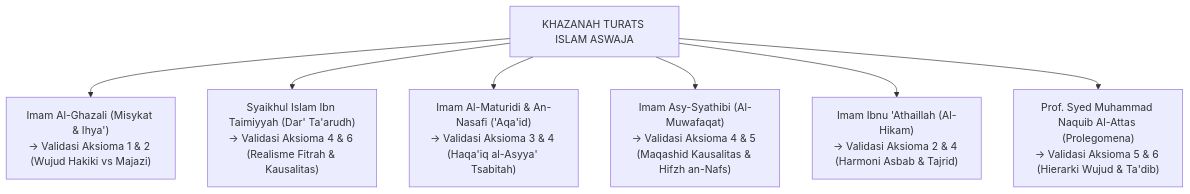
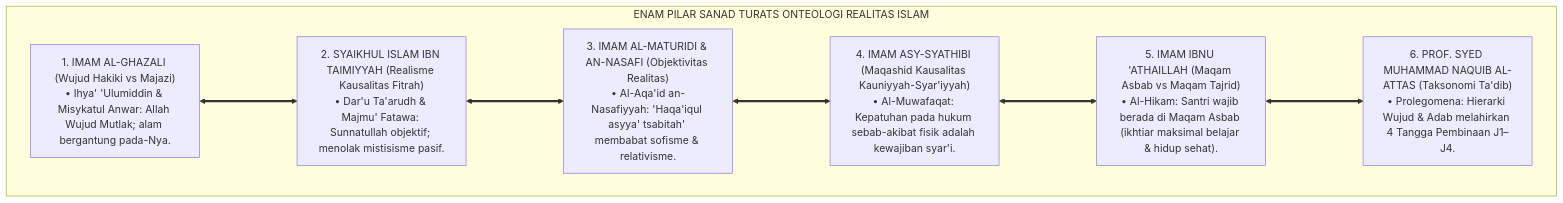
One commit to wandiapriliyandi/tumbuh changed the second of 6 diagrams in 01 Philosophy/01 Worldview/01 Hakikat Realitas/P1-01-01-04-Validasi-Turats.md. Above: the diagram before and after it, drawn with Mermaid. The commit also changed other lines of this file and 8 other files, not shown here.

````diff
--- a/01 Philosophy/01 Worldview/01 Hakikat Realitas/P1-01-01-04-Validasi-Turats.md
+++ b/01 Philosophy/01 Worldview/01 Hakikat Realitas/P1-01-01-04-Validasi-Turats.md
@@ -367,11 +71,19 @@
 ```mermaid
-graph TD
-    TuratsMaster["KHAZANAH TURATS ISLAM ASWAJA"]
-    
-    TuratsMaster --> GZ["Imam Al-Ghazali (Misykat & Ihya')<br/>-> Validasi Aksioma 1 & 2 (Wujud Hakiki vs Majazi)"]
-    TuratsMaster --> IT["Syaikhul Islam Ibn Taimiyyah (Dar' Ta'arudh)<br/>-> Validasi Aksioma 4 & 6 (Realisme Fitrah & Kausalitas)"]
-    TuratsMaster --> MT["Imam Al-Maturidi & An-Nasafi ('Aqa'id)<br/>-> Validasi Aksioma 3 & 4 (Haqa'iq al-Asyya' Tsabitah)"]
-    TuratsMaster --> SY["Imam Asy-Syathibi (Al-Muwafaqat)<br/>-> Validasi Aksioma 4 & 5 (Maqashid Kausalitas & Hifzh an-Nafs)"]
-    TuratsMaster --> IA["Imam Ibnu 'Athaillah (Al-Hikam)<br/>-> Validasi Aksioma 2 & 4 (Harmoni Asbab & Tajrid)"]
-    TuratsMaster --> AT["Prof. Syed Muhammad Naquib Al-Attas (Prolegomena)<br/>-> Validasi Aksioma 5 & 6 (Hierarki Wujud & Ta'dib)"]
+flowchart TD
+    subgraph EnamPilarTuratsRealitas["ENAM PILAR SANAD TURATS ONTEOLOGI REALITAS ISLAM"]
+        
+        T1["1. IMAM AL-GHAZALI (Wujud Hakiki vs Majazi)<br/>• Ihya' 'Ulumiddin & Misykatul Anwar: Allah Wujud Mutlak; alam bergantung pada-Nya."]
+        
+        T2["2. SYAIKHUL ISLAM IBN TAIMIYYAH (Realisme Kausalitas Fitrah)<br/>• Dar'u Ta'arudh & Majmu' Fatawa: Sunnatullah objektif; menolak mistisisme pasif."]
+        
+        T3["3. IMAM AL-MATURIDI & AN-NASAFI (Objektivitas Realitas)<br/>• Al-Aqa'id an-Nasafiyyah: 'Haqa'iqul asyya' tsabitah' membabat sofisme & relativisme."]
+        
+        T4["4. IMAM ASY-SYATHIBI (Maqashid Kausalitas Kauniyyah-Syar'iyyah)<br/>• Al-Muwafaqat: Kepatuhan pada hukum sebab-akibat fisik adalah kewajiban syar'i."]
+        
+        T5["5. IMAM IBNU 'ATHAILLAH (Maqam Asbab vs Maqam Tajrid)<br/>• Al-Hikam: Santri wajib berada di Maqam Asbab (ikhtiar maksimal belajar & hidup sehat)."]
+        
+        T6["6. PROF. SYED MUHAMMAD NAQUIB AL-ATTAS (Taksonomi Ta'dib)<br/>• Prolegomena: Hierarki Wujud & Adab melahirkan 4 Tangga Pembinaan J1–J4."]
+        
+        T1 <===> T2 <===> T3 <===> T4 <===> T5 <===> T6
+    end
 ```
````
